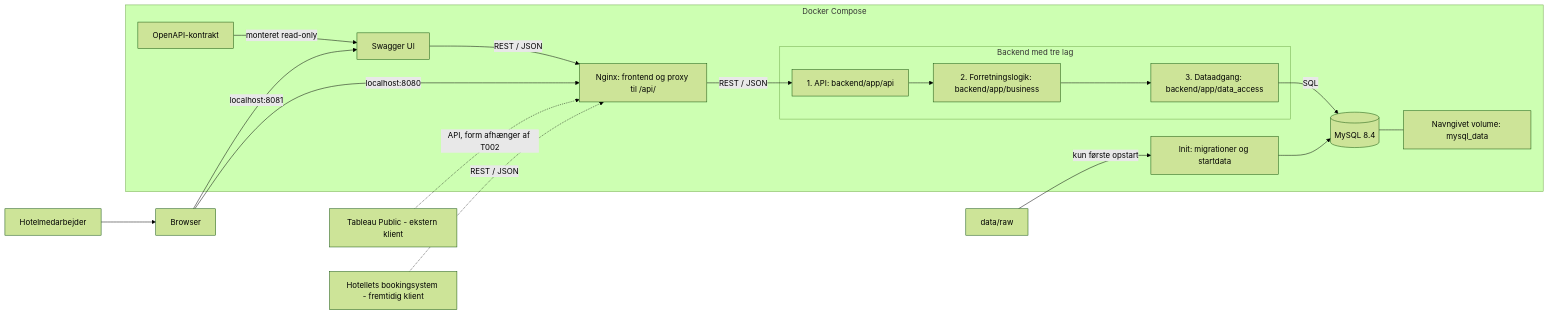
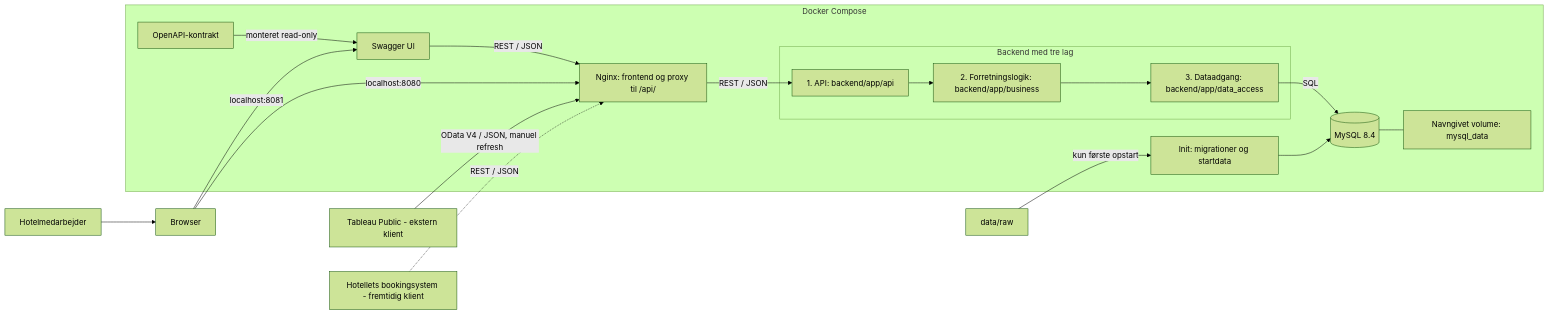
The diagram in README.md (gume0002/TvaerfagligtNo1), drawn with Mermaid (forest theme) before and after one commit. The commit also changed other lines of this file and 3 other files, not shown here.

````diff
--- a/README.md
+++ b/README.md
@@ -61,23 +63,23 @@
 ```mermaid
 flowchart LR
   Medarbejder[Hotelmedarbejder] --> Browser[Browser]
   Browser -->|localhost:8080| Nginx
   Browser -->|localhost:8081| Swagger
-  Tableau[Tableau Public - ekstern klient] -.->|API, form afhænger af T002| Nginx
+  Tableau[Tableau Public - ekstern klient] -->|OData V4 / JSON, manuel refresh| Nginx
   Hotel[Hotellets bookingsystem - fremtidig klient] -.->|REST / JSON| Nginx
   subgraph Docker[Docker Compose]
     Nginx[Nginx: frontend og proxy til /api/]
     Swagger[Swagger UI]
     Kontrakt[OpenAPI-kontrakt] -->|monteret read-only| Swagger
     Swagger -->|REST / JSON| Nginx
     Nginx -->|REST / JSON| API
     subgraph Backend[Backend med tre lag]
       API[1. API: backend/app/api] --> Logik[2. Forretningslogik: backend/app/business]
       Logik --> Data[3. Dataadgang: backend/app/data_access]
     end
     Data -->|SQL| DB[(MySQL 8.4)]
     DB --- Volume[Navngivet volume: mysql_data]
     Init[Init: migrationer og startdata] --> DB
   end
   Raadata[data/raw] -->|kun første opstart| Init
 ```
````
